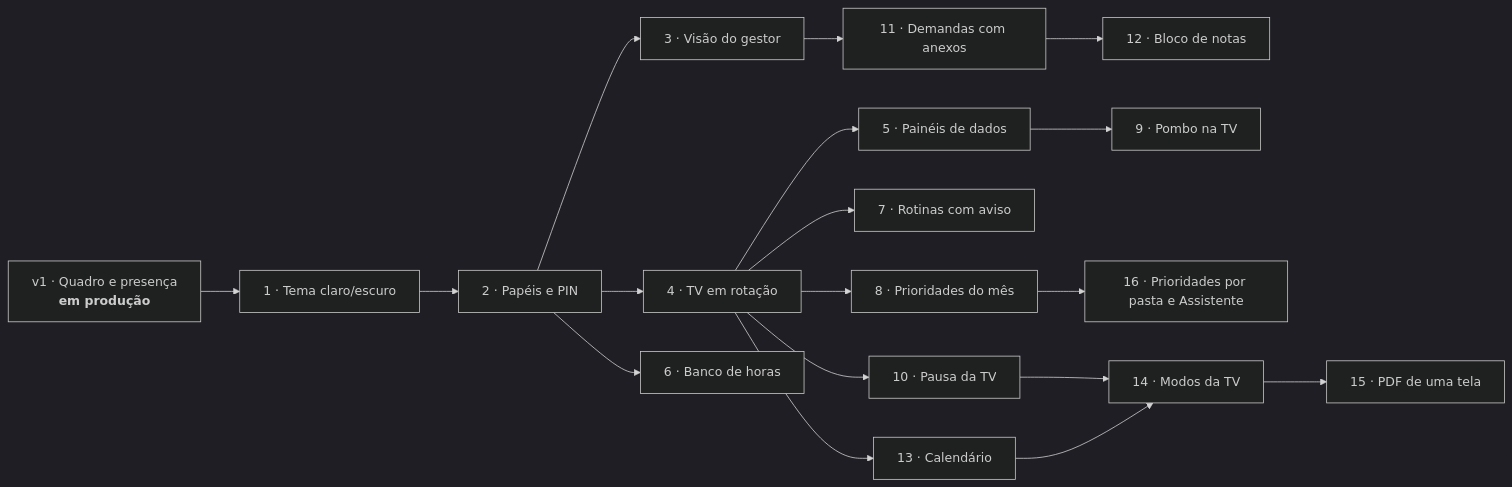
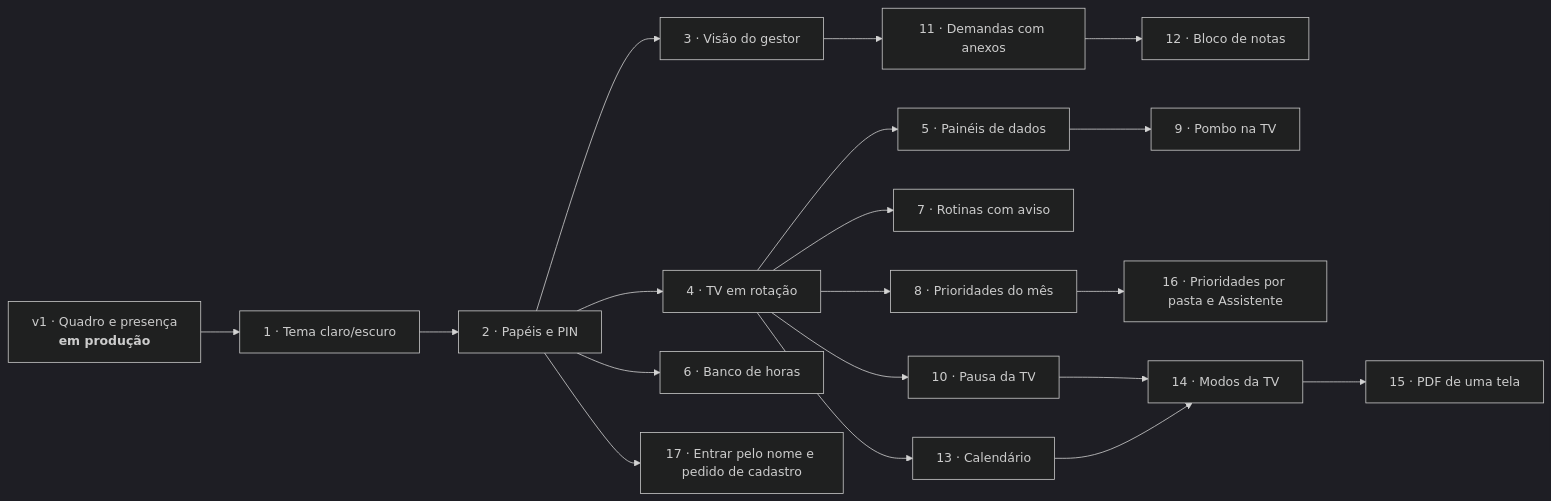
One commit to fishman2004/hub-analistas changed the diagram in docs/roadmap.md. Above: the diagram before and after it, drawn with Mermaid (dark theme). The commit also changed other lines of this file and 20 other files, not shown here.

First line of the commit message:
Fase 17: entrar pelo nome e pedido de cadastro

````diff
--- a/docs/roadmap.md
+++ b/docs/roadmap.md
@@ -5,20 +5,21 @@
 ```mermaid
 flowchart LR
     V1[v1 · Quadro e presença<br><b>em produção</b>] --> F1[1 · Tema claro/escuro]
     F1 --> F2[2 · Papéis e PIN]
     F2 --> F3[3 · Visão do gestor]
     F2 --> F4[4 · TV em rotação]
     F4 --> F5[5 · Painéis de dados]
     F2 --> F6[6 · Banco de horas]
     F4 --> F7[7 · Rotinas com aviso]
     F4 --> F8[8 · Prioridades do mês]
     F5 --> F9[9 · Pombo na TV]
     F4 --> F10[10 · Pausa da TV]
     F3 --> F11[11 · Demandas com anexos]
     F11 --> F12[12 · Bloco de notas]
     F4 --> F13[13 · Calendário]
     F10 --> F14[14 · Modos da TV]
     F13 --> F14
     F14 --> F15[15 · PDF de uma tela]
     F8 --> F16[16 · Prioridades por pasta e Assistente]
+    F2 --> F17[17 · Entrar pelo nome e pedido de cadastro]
 ```
````
